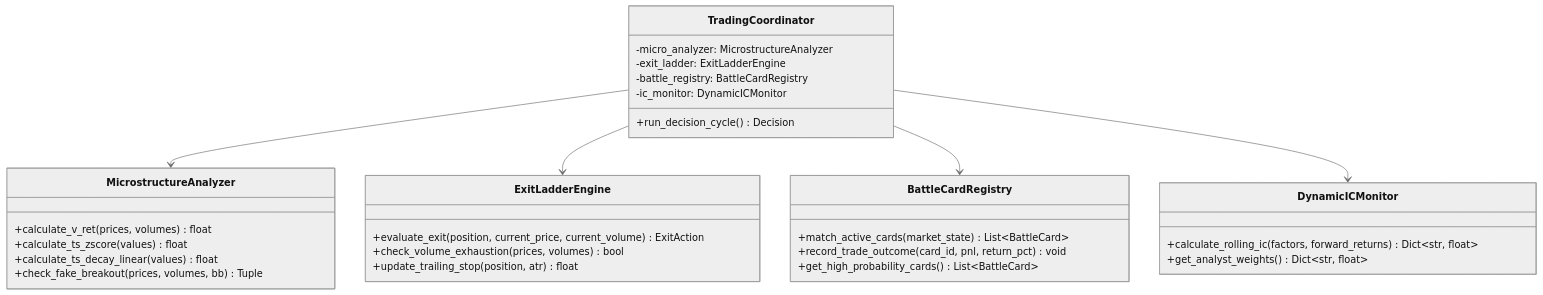
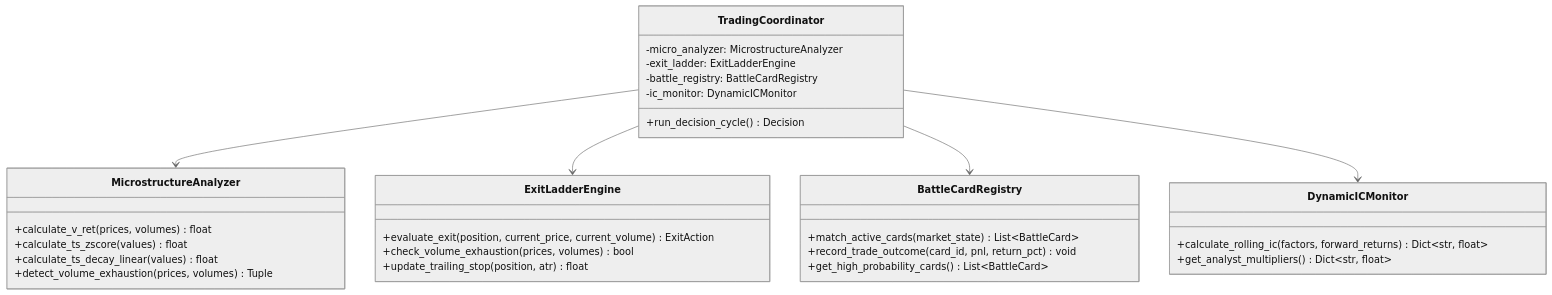
One commit to dimx9173/vibe-trading-encyc changed the third of 3 diagrams in docs/research/vbt-harvested-alpha-expansion-plan.md. Above: the diagram before and after it, drawn with Mermaid (neutral theme). The commit also changed other lines of this file, not shown here.

````diff
--- a/docs/research/vbt-harvested-alpha-expansion-plan.md
+++ b/docs/research/vbt-harvested-alpha-expansion-plan.md
@@ -155,39 +155,39 @@
 ```mermaid
 classDiagram
     class MicrostructureAnalyzer {
         +calculate_v_ret(prices, volumes) float
         +calculate_ts_zscore(values) float
         +calculate_ts_decay_linear(values) float
-        +check_fake_breakout(prices, volumes, bb) Tuple
+        +detect_volume_exhaustion(prices, volumes) Tuple
     }
 
     class ExitLadderEngine {
         +evaluate_exit(position, current_price, current_volume) ExitAction
         +check_volume_exhaustion(prices, volumes) bool
         +update_trailing_stop(position, atr) float
     }
 
     class BattleCardRegistry {
         +match_active_cards(market_state) List~BattleCard~
         +record_trade_outcome(card_id, pnl, return_pct) void
         +get_high_probability_cards() List~BattleCard~
     }
 
     class DynamicICMonitor {
         +calculate_rolling_ic(factors, forward_returns) Dict~str, float~
-        +get_analyst_weights() Dict~str, float~
+        +get_analyst_multipliers() Dict~str, float~
     }
 
     class TradingCoordinator {
         -micro_analyzer: MicrostructureAnalyzer
         -exit_ladder: ExitLadderEngine
         -battle_registry: BattleCardRegistry
         -ic_monitor: DynamicICMonitor
         +run_decision_cycle() Decision
     }
 
     TradingCoordinator --> MicrostructureAnalyzer
     TradingCoordinator --> ExitLadderEngine
     TradingCoordinator --> BattleCardRegistry
     TradingCoordinator --> DynamicICMonitor
 ```
````
